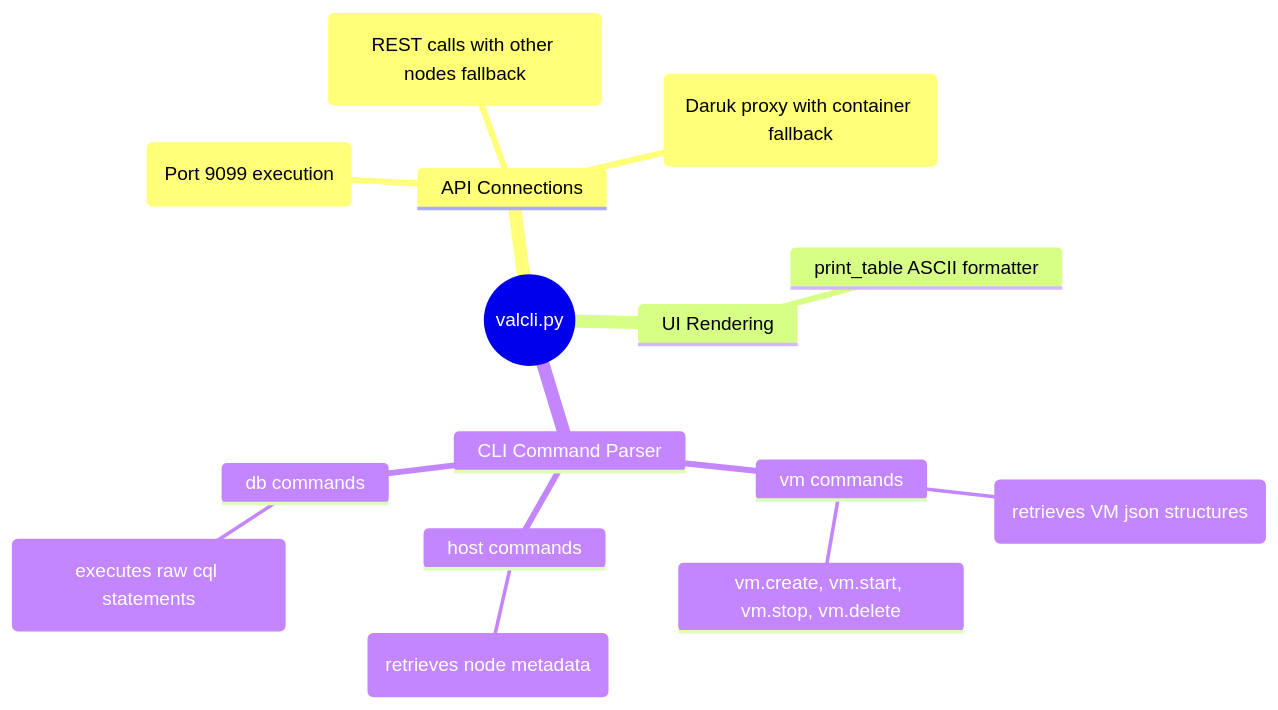
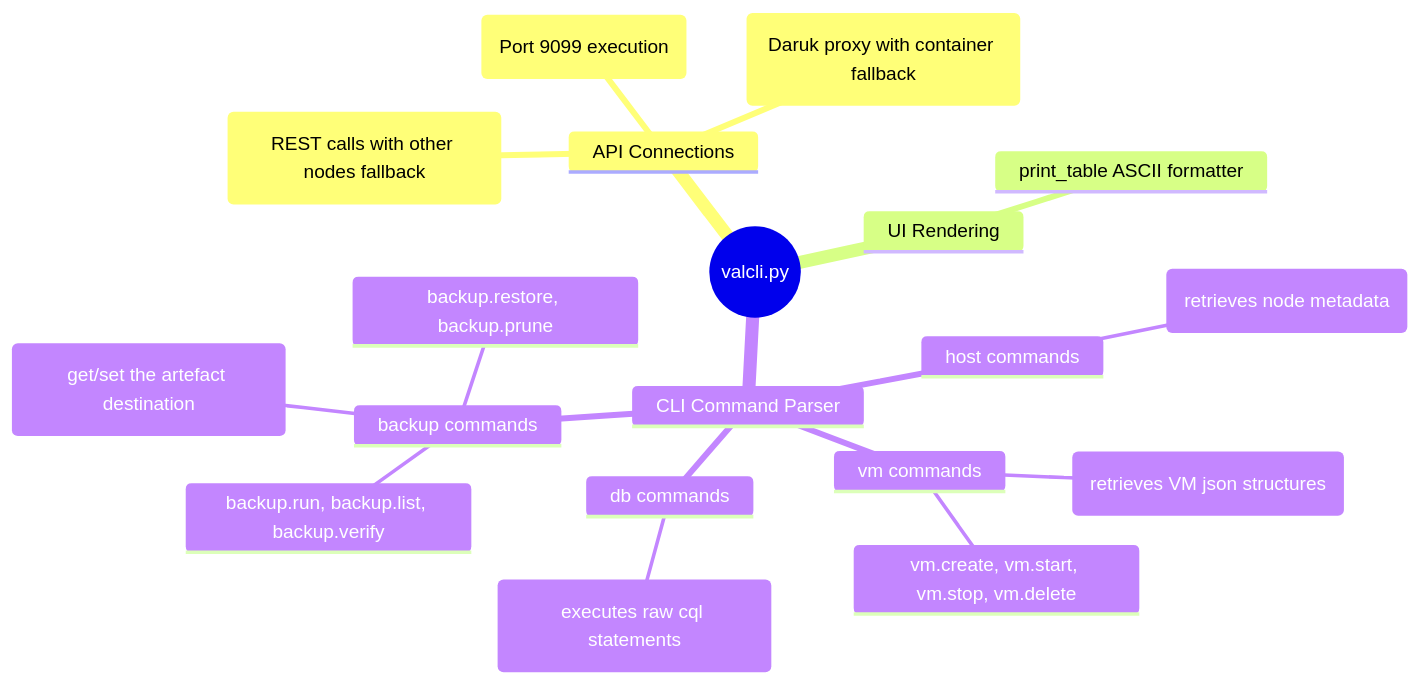
One commit to AuroraRyunix/Helios-HCI changed the diagram in docs/valcli_technical.md. Above: the diagram before and after it, drawn with Mermaid. The commit also changed other lines of this file and 43 other files, not shown here.

````diff
--- a/docs/valcli_technical.md
+++ b/docs/valcli_technical.md
@@ -7,18 +7,22 @@
 ```mermaid
 mindmap
   root((valcli.py))
     API Connections
       run_remote_spark (Port 9099 execution)
       run_mtls_api (REST calls with other nodes fallback)
       run_cql_query (Daruk proxy with container fallback)
     UI Rendering
       print_table ASCII formatter
     CLI Command Parser
       vm commands
         vm.list (retrieves VM json structures)
         vm.create, vm.start, vm.stop, vm.delete
       host commands
         host.list (retrieves node metadata)
       db commands
         db.query (executes raw cql statements)
+      backup commands
+        backup.target (get/set the artefact destination)
+        backup.run, backup.list, backup.verify
+        backup.restore, backup.prune
 ```
````
